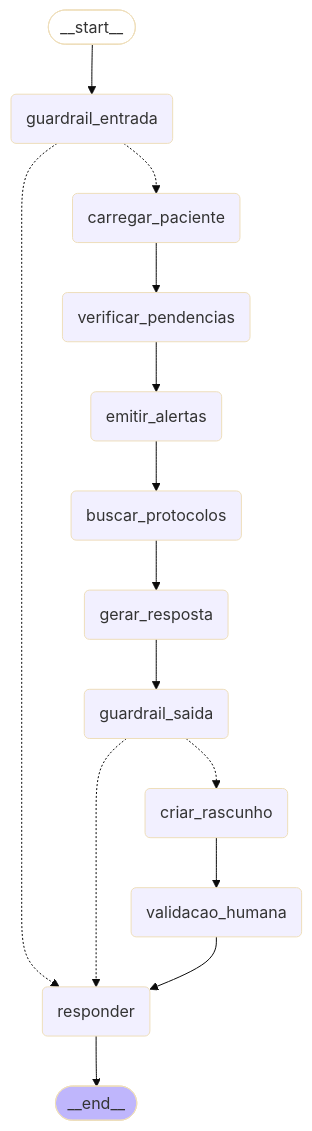
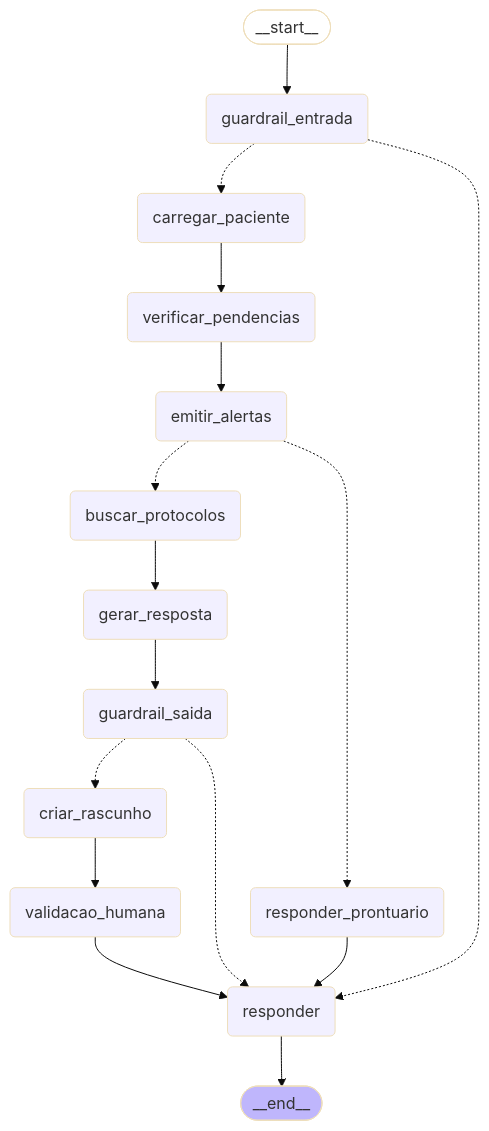
The second of 2 diagrams in docs/diagrama_fluxo.md (rafaelbarrosleite/fiap-techchallenge-fase3), drawn with Mermaid (base theme) before and after one commit. The commit also changed other lines of this file and 12 other files, not shown here.

````diff
--- a/docs/diagrama_fluxo.md
+++ b/docs/diagrama_fluxo.md
@@ -36,31 +38,34 @@
 ```mermaid
 graph TD;
 	__start__([__start__]):::first
 	guardrail_entrada(guardrail_entrada)
 	carregar_paciente(carregar_paciente)
 	verificar_pendencias(verificar_pendencias)
 	emitir_alertas(emitir_alertas)
 	buscar_protocolos(buscar_protocolos)
 	gerar_resposta(gerar_resposta)
 	guardrail_saida(guardrail_saida)
+	responder_prontuario(responder_prontuario)
 	criar_rascunho(criar_rascunho)
 	validacao_humana(validacao_humana)
 	responder(responder)
 	__end__([__end__]):::last
 	__start__ --> guardrail_entrada;
 	buscar_protocolos --> gerar_resposta;
 	carregar_paciente --> verificar_pendencias;
 	criar_rascunho --> validacao_humana;
-	emitir_alertas --> buscar_protocolos;
+	emitir_alertas -.-> buscar_protocolos;
+	emitir_alertas -.-> responder_prontuario;
 	gerar_resposta --> guardrail_saida;
 	guardrail_entrada -.-> carregar_paciente;
 	guardrail_entrada -.-> responder;
 	guardrail_saida -.-> criar_rascunho;
 	guardrail_saida -.-> responder;
+	responder_prontuario --> responder;
 	validacao_humana --> responder;
 	verificar_pendencias --> emitir_alertas;
 	responder --> __end__;
 	classDef default fill:#f2f0ff,line-height:1.2
 	classDef first fill-opacity:0
 	classDef last fill:#bfb6fc
 ```
````
